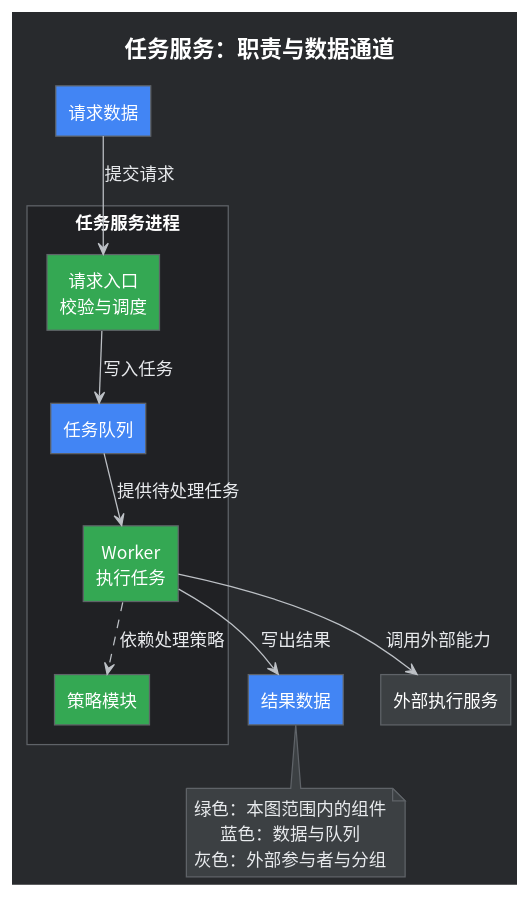
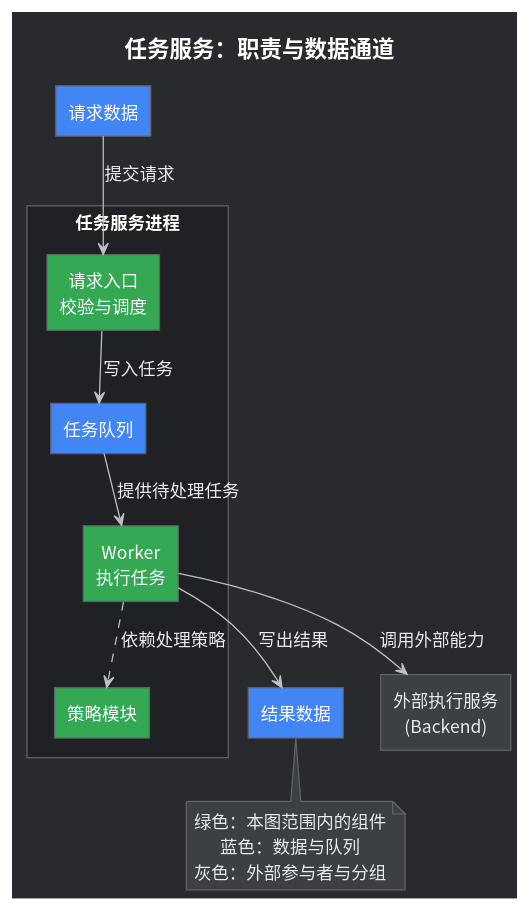
One commit to Ethen-Cao/ethenslab changed the first of 3 diagrams in content/others/PlantUML 元素规范.md. Above: the diagram before and after it, drawn with PlantUML. The commit also changed other lines of this file and 21 other files, not shown here.

```diff
--- a/content/others/PlantUML 元素规范.md
+++ b/content/others/PlantUML 元素规范.md
@@ -146,11 +146,19 @@
     BorderColor #5F6368
     FontColor #FFFFFF
 }
+skinparam packageBackgroundColor #202124
+skinparam packageBorderColor #5F6368
+skinparam packageFontColor #E8EAED
 skinparam package {
     BackgroundColor #202124
     BorderColor #5F6368
     FontColor #E8EAED
 }
+skinparam rectangle<<ext>> {
+    BackgroundColor #3C4043
+    FontColor #E8EAED
+}
+hide stereotype
 top to bottom direction
 
 title 任务服务：职责与数据通道
@@ -167,7 +175,7 @@
     Worker ..> Policy : 依赖处理策略
 }
 rectangle "结果数据" as Result #4285F4
-rectangle "外部执行服务" as Backend #3C4043
+rectangle "外部执行服务\n(Backend)" as Backend <<ext>>
 
 Request --> API : 提交请求
 Worker --> Result : 写出结果
```
